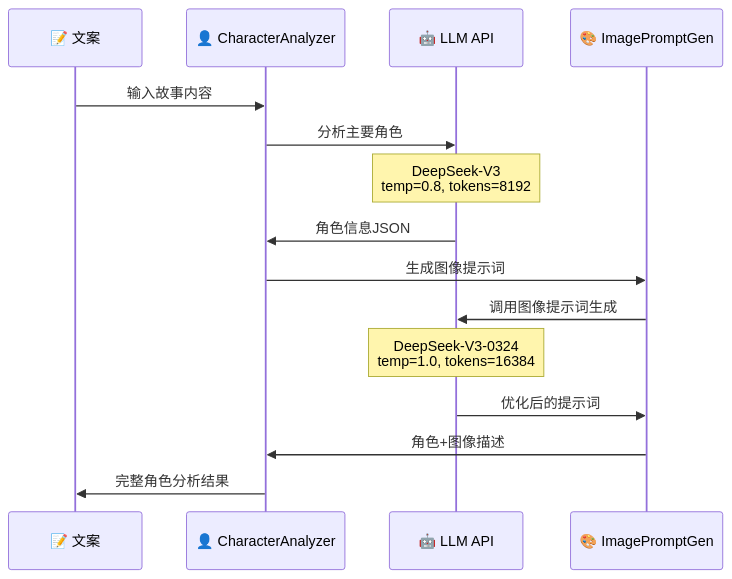
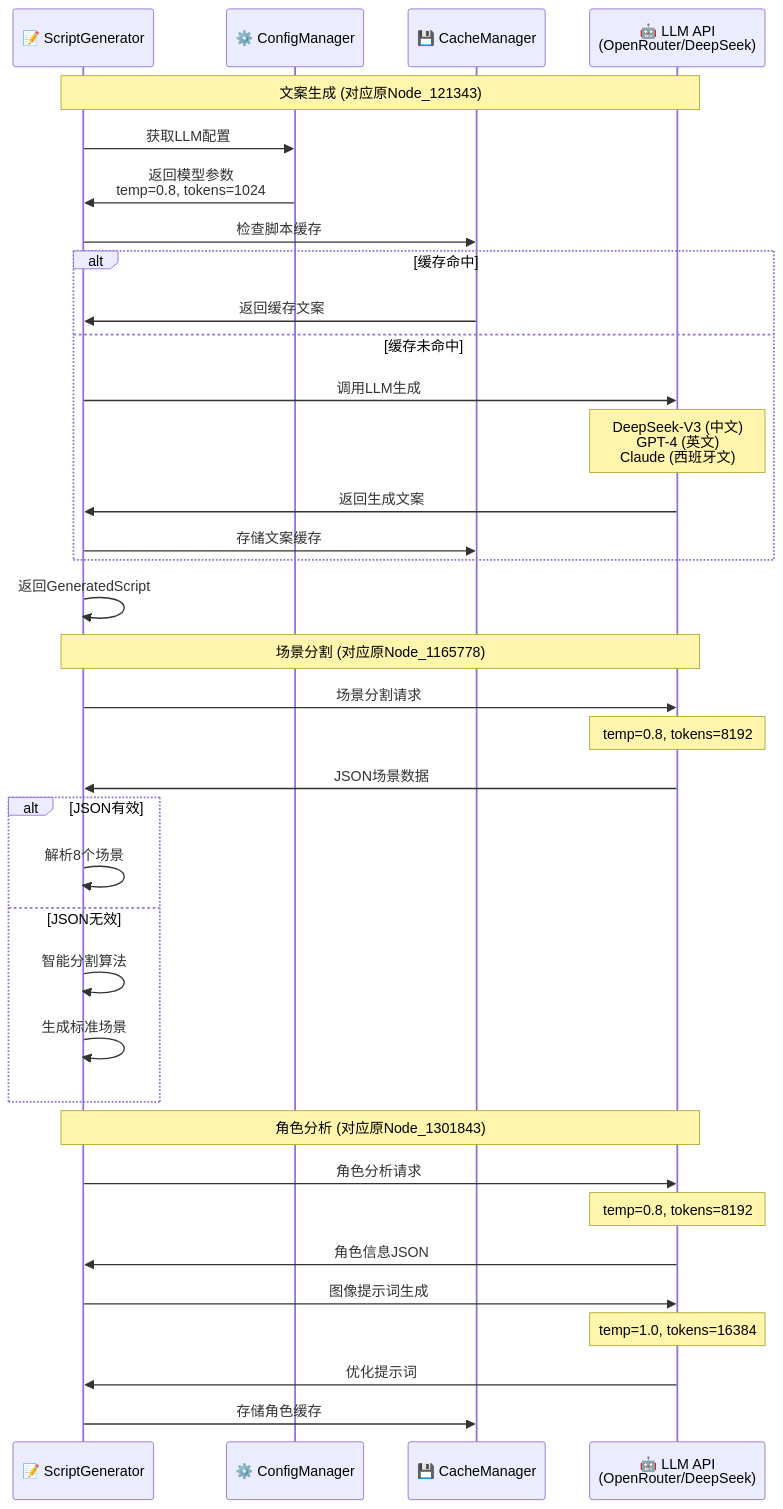
The sixth of 14 diagrams in WORKFLOW_DIAGRAM.md (qq1151131109/story_video_generator), drawn with Mermaid before and after one commit. The commit also changed other lines of this file and 3 other files, not shown here.

First line of the commit message:
🎨 优化图像提示词生成系统

````diff
--- a/WORKFLOW_DIAGRAM.md
+++ b/WORKFLOW_DIAGRAM.md
@@ -188,18 +295,44 @@
 ```mermaid
 sequenceDiagram
-    participant S as 📝 文案
-    participant A as 👤 CharacterAnalyzer
-    participant L as 🤖 LLM API
-    participant I as 🎨 ImagePromptGen
+    participant SG as 📝 ScriptGenerator
+    participant CM as ⚙️ ConfigManager
+    participant CA as 💾 CacheManager
+    participant API as 🤖 LLM API<br/>(OpenRouter/DeepSeek)
     
-    S->>A: 输入故事内容
-    A->>L: 分析主要角色
-    Note over L: DeepSeek-V3<br/>temp=0.8, tokens=8192
-    L->>A: 角色信息JSON
-    A->>I: 生成图像提示词
-    I->>L: 调用图像提示词生成
-    Note over L: DeepSeek-V3-0324<br/>temp=1.0, tokens=16384
-    L->>I: 优化后的提示词
-    I->>A: 角色+图像描述
-    A->>S: 完整角色分析结果
+    %% 文案生成流程
+    Note over SG,API: 文案生成 (对应原Node_121343)
+    SG->>CM: 获取LLM配置
+    CM->>SG: 返回模型参数<br/>temp=0.8, tokens=1024
+    SG->>CA: 检查脚本缓存
+    alt 缓存命中
+        CA->>SG: 返回缓存文案
+    else 缓存未命中
+        SG->>API: 调用LLM生成
+        Note over API: DeepSeek-V3 (中文)<br/>GPT-4 (英文)<br/>Claude (西班牙文)
+        API->>SG: 返回生成文案
+        SG->>CA: 存储文案缓存
+    end
+    SG->>SG: 返回GeneratedScript
+    
+    %% 场景分割流程
+    Note over SG,API: 场景分割 (对应原Node_1165778)
+    SG->>API: 场景分割请求
+    Note over API: temp=0.8, tokens=8192
+    API->>SG: JSON场景数据
+    alt JSON有效
+        SG->>SG: 解析8个场景
+    else JSON无效
+        SG->>SG: 智能分割算法
+        SG->>SG: 生成标准场景
+    end
+    
+    %% 角色分析流程  
+    Note over SG,API: 角色分析 (对应原Node_1301843)
+    SG->>API: 角色分析请求
+    Note over API: temp=0.8, tokens=8192
+    API->>SG: 角色信息JSON
+    SG->>API: 图像提示词生成
+    Note over API: temp=1.0, tokens=16384
+    API->>SG: 优化提示词
+    SG->>CA: 存储角色缓存
 ```
````
